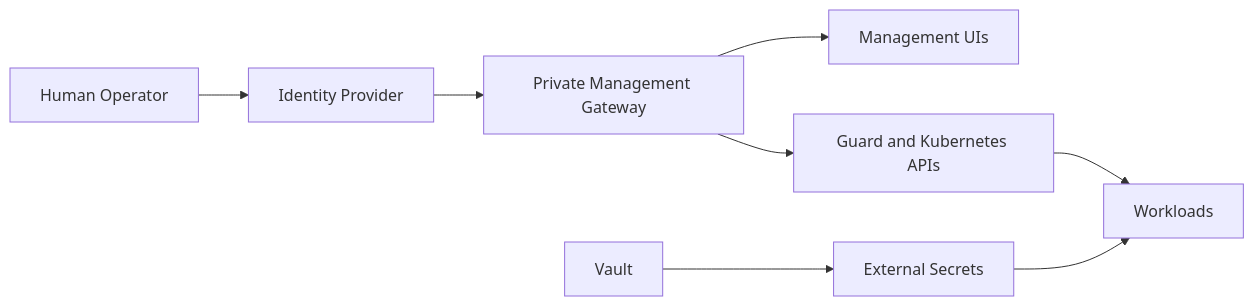
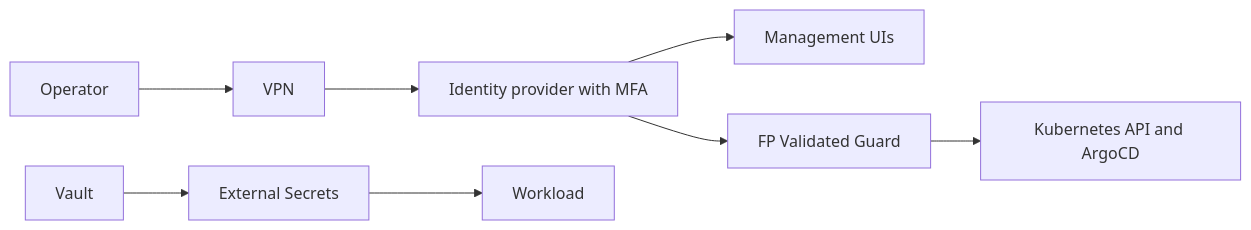
The diagram in website/docs/fp-validated-infra/access-and-secrets.md (FP-Validated/fp-validated-docs), drawn with Mermaid before and after one commit. The commit also changed other lines of this file and 21 other files, not shown here.

First line of the commit message:
Bring infrastructure and chain architecture docs up to date

````diff
--- a/website/docs/fp-validated-infra/access-and-secrets.md
+++ b/website/docs/fp-validated-infra/access-and-secrets.md
@@ -11,19 +11,20 @@
 ```mermaid
 flowchart LR
-  user[Human Operator]
-  idp[Identity Provider]
-  gateway[Private Management Gateway]
+  user[Operator]
+  vpn[VPN]
+  idp[Identity provider with MFA]
   ui[Management UIs]
-  api[Guard and Kubernetes APIs]
+  guard[FP Validated Guard]
+  api[Kubernetes API and ArgoCD]
   vault[Vault]
   eso[External Secrets]
-  workload[Workloads]
+  workload[Workload]
 
-  user --> idp
-  idp --> gateway
-  gateway --> ui
-  gateway --> api
+  user --> vpn
+  vpn --> idp
+  idp --> ui
+  idp --> guard
+  guard --> api
   vault --> eso
   eso --> workload
-  api --> workload
 ```
````
